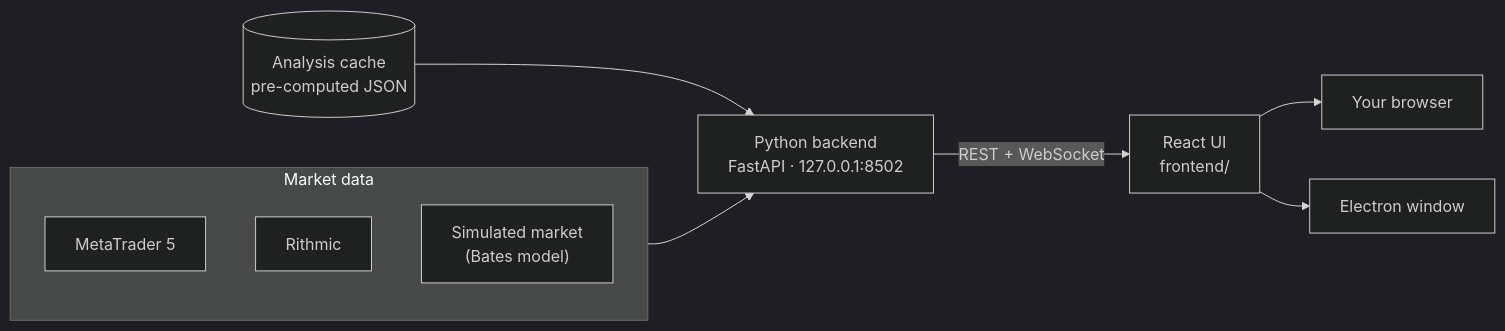
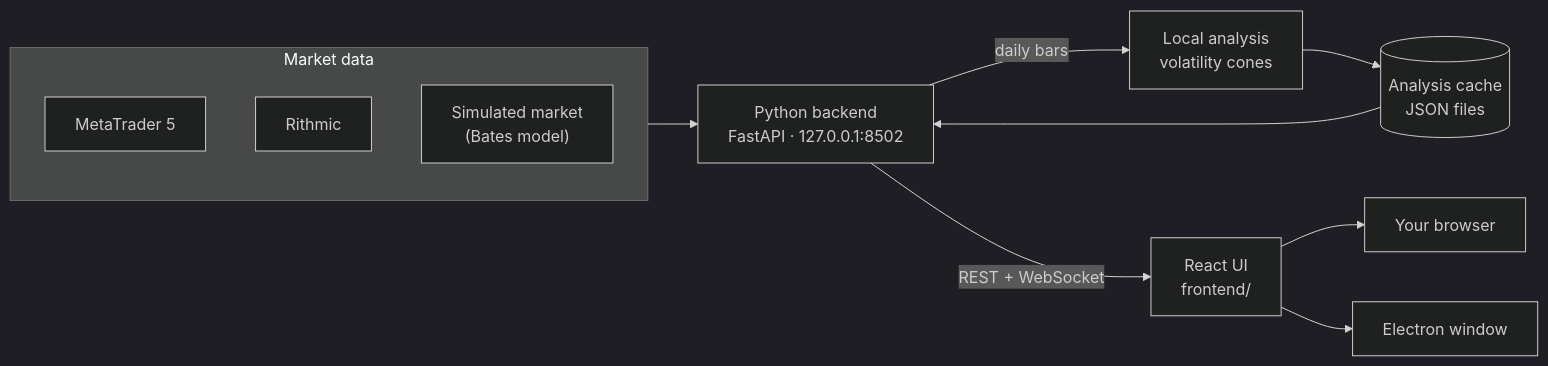
One commit to wJubran/QuantumTerminal changed the diagram in README.md. Above: the diagram before and after it, drawn with Mermaid (dark theme). The commit also changed other lines of this file and 15 other files, not shown here.

First line of the commit message:
docs: locally computed cones in the READMEs and the Learning Center

````diff
--- a/README.md
+++ b/README.md
@@ -110,14 +131,16 @@
 ```mermaid
 flowchart LR
     subgraph feeds["Market data"]
         MT5["MetaTrader 5"]
         RITH["Rithmic"]
         SIM["Simulated market<br/>(Bates model)"]
     end
-    CACHE[("Analysis cache<br/>pre-computed JSON")]
+    CACHE[("Analysis cache<br/>JSON files")]
     feeds --> API["Python backend<br/>FastAPI · 127.0.0.1:8502"]
+    API -- "daily bars" --> ENGINE["Local analysis<br/>volatility cones"]
+    ENGINE --> CACHE
     CACHE --> API
     API -- "REST + WebSocket" --> UI["React UI<br/>frontend/"]
     UI --> BROWSER["Your browser"]
     UI --> ELECTRON["Electron window"]
 ```
````
